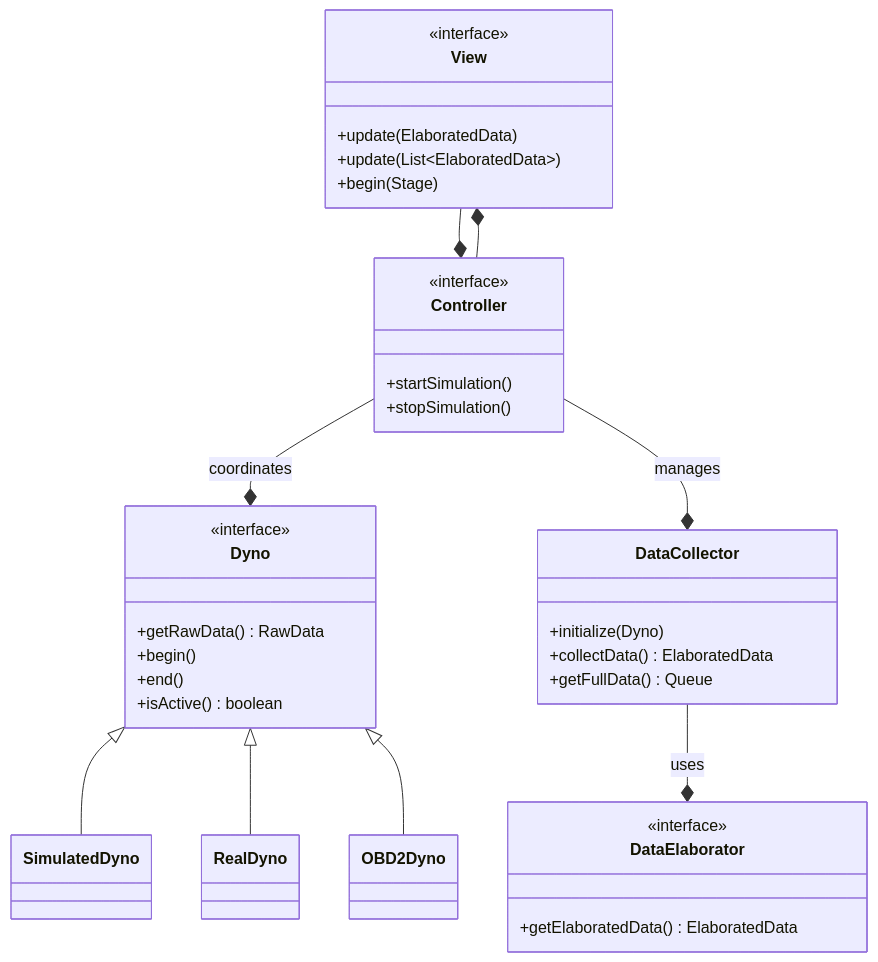
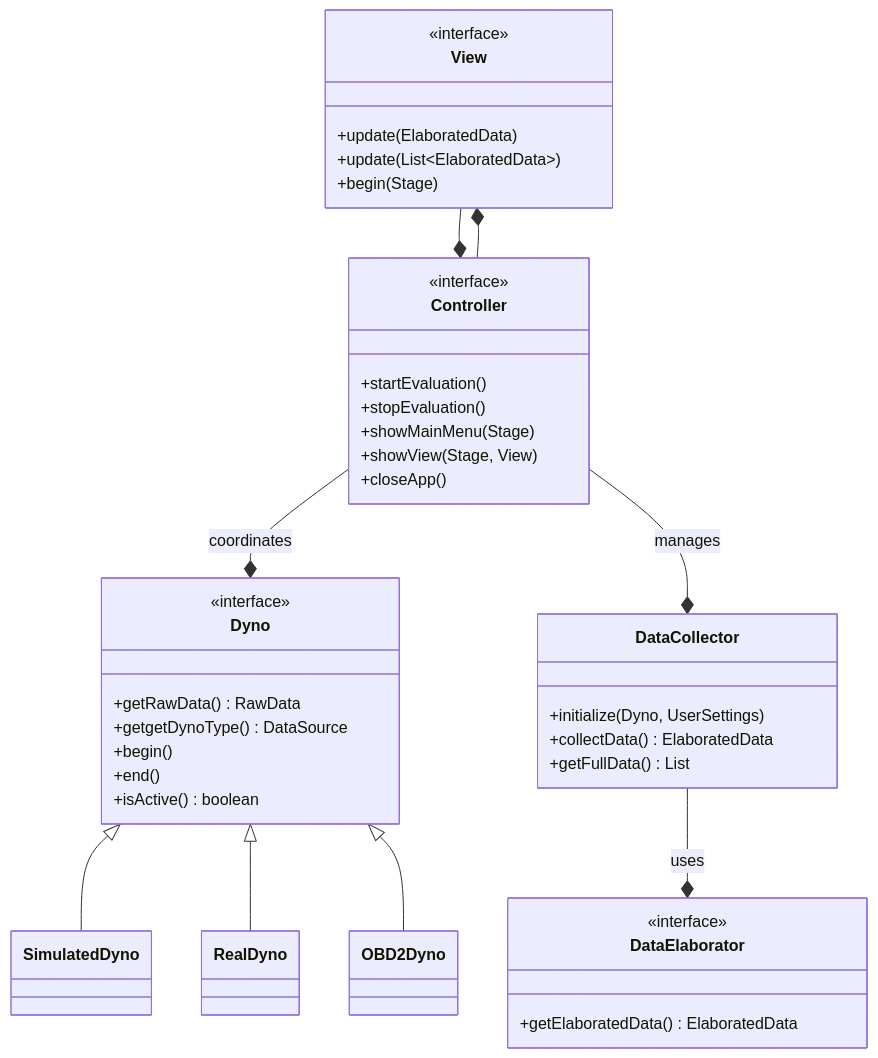
The second of 10 diagrams in report.md (unibo-oop-projects/OOP24-Alessandro-CristoferNapolitano-SolarEgg-TodeschiMatteo-java-dyno), drawn with Mermaid before and after one commit. The commit also changed other lines of this file, not shown here.

Commit message:
report architecture fix

````diff
--- a/report.md
+++ b/report.md
@@ -171,52 +175,56 @@
 ```mermaid
 classDiagram
     class View {
         <<interface>>
         +update(ElaboratedData)
         +update(List~ElaboratedData~)
         +begin(Stage)
     }
     
     class Controller {
         <<interface>>
-        +startSimulation()
-        +stopSimulation()
+        +startEvaluation()
+        +stopEvaluation()
+        +showMainMenu(Stage)
+        +showView(Stage, View)
+        +closeApp()
     }
     
     class Dyno {
         <<interface>>
         +getRawData() RawData
+        +getgetDynoType() DataSource
         +begin()
         +end()
         +isActive() boolean
     }
     
     class DataCollector {
-        +initialize(Dyno)
+        +initialize(Dyno, UserSettings)
         +collectData() ElaboratedData
-        +getFullData() Queue
+        +getFullData() List
     }
     
     class DataElaborator {
         <<interface>>
         +getElaboratedData() ElaboratedData
     }
     
     class SimulatedDyno {
     }
     
     class RealDyno {
     }
     
     class OBD2Dyno {
     }
 
     View --* Controller
     Controller --* View
     Controller --* Dyno : coordinates
     Controller --* DataCollector : manages
     DataCollector --* DataElaborator : uses
     Dyno <|-- SimulatedDyno
     Dyno <|-- RealDyno
     Dyno <|-- OBD2Dyno
 ```
````
